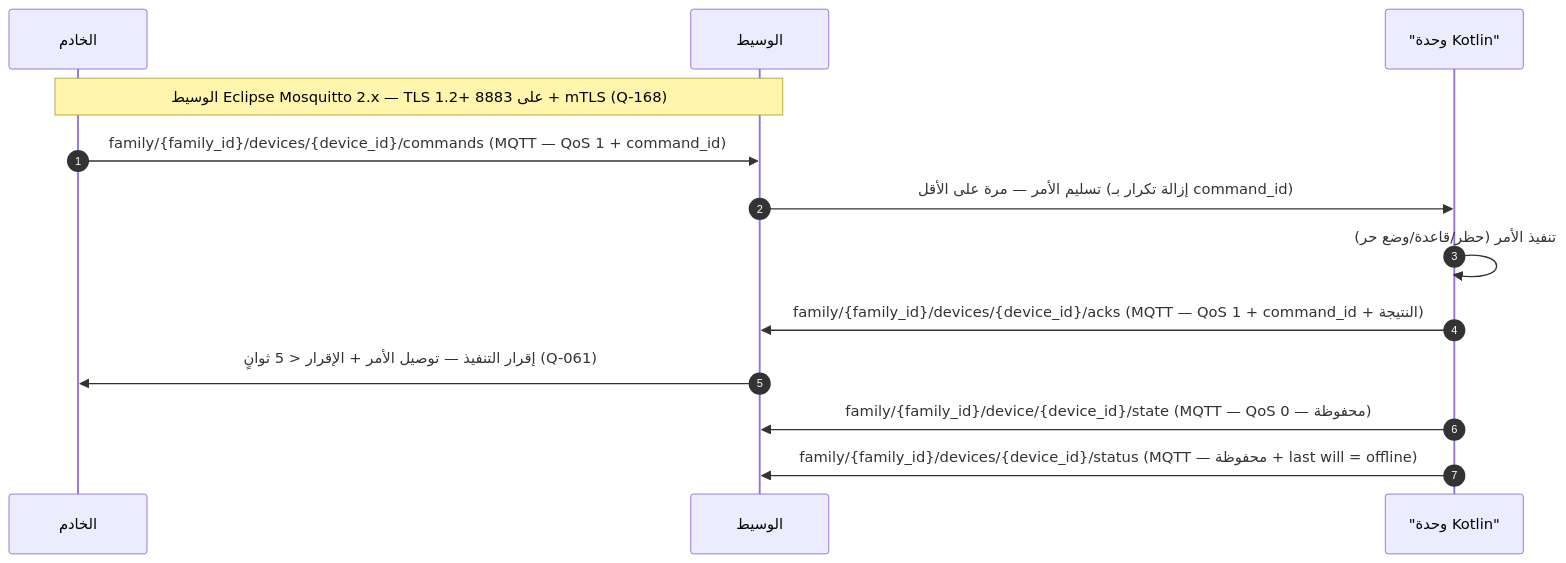
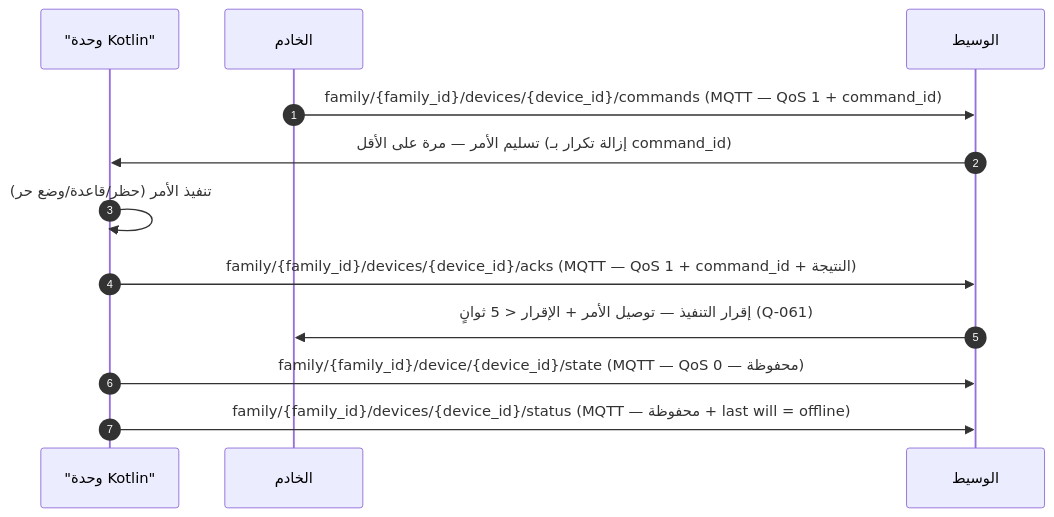
Before and after one commit to Bassam-mohammed-alqaeadi/family-os-v2: diagram 13 of 30 in docs/family-os/governance/phases/phase-1/S1-10-protection-and-enforcement/DIAGRAMS.md, drawn with Mermaid. The commit also changed other lines of this file, not shown here.

````diff
--- a/docs/family-os/governance/phases/phase-1/S1-10-protection-and-enforcement/DIAGRAMS.md
+++ b/docs/family-os/governance/phases/phase-1/S1-10-protection-and-enforcement/DIAGRAMS.md
@@ -539,15 +631,14 @@
 ```mermaid
 sequenceDiagram
     autonumber
+    participant K as "وحدة Kotlin"
     participant Ktor as الخادم
     participant Mosquitto as الوسيط
-    participant K as "وحدة Kotlin"
-    Note over Ktor,Mosquitto: الوسيط Eclipse Mosquitto 2.x — TLS 1.2+ على 8883 + mTLS (Q-168)
     Ktor->>Mosquitto: family/{family_id}/devices/{device_id}/commands (MQTT — QoS 1 + command_id)
     Mosquitto->>K: تسليم الأمر — مرة على الأقل (إزالة تكرار بـ command_id)
     K->>K: تنفيذ الأمر (حظر/قاعدة/وضع حر)
     K->>Mosquitto: family/{family_id}/devices/{device_id}/acks (MQTT — QoS 1 + command_id + النتيجة)
     Mosquitto->>Ktor: إقرار التنفيذ — توصيل الأمر + الإقرار < 5 ثوانٍ (Q-061)
     K->>Mosquitto: family/{family_id}/device/{device_id}/state (MQTT — QoS 0 — محفوظة)
     K->>Mosquitto: family/{family_id}/devices/{device_id}/status (MQTT — محفوظة + last will = offline)
 ```
````
